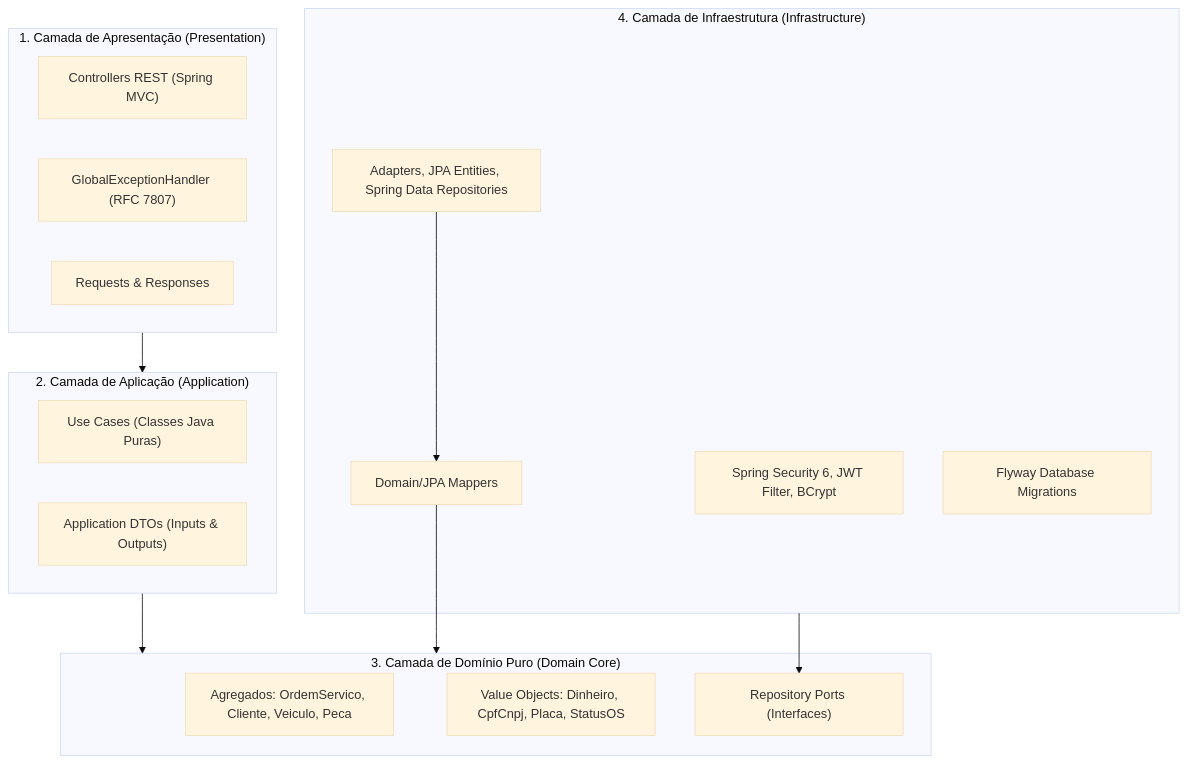
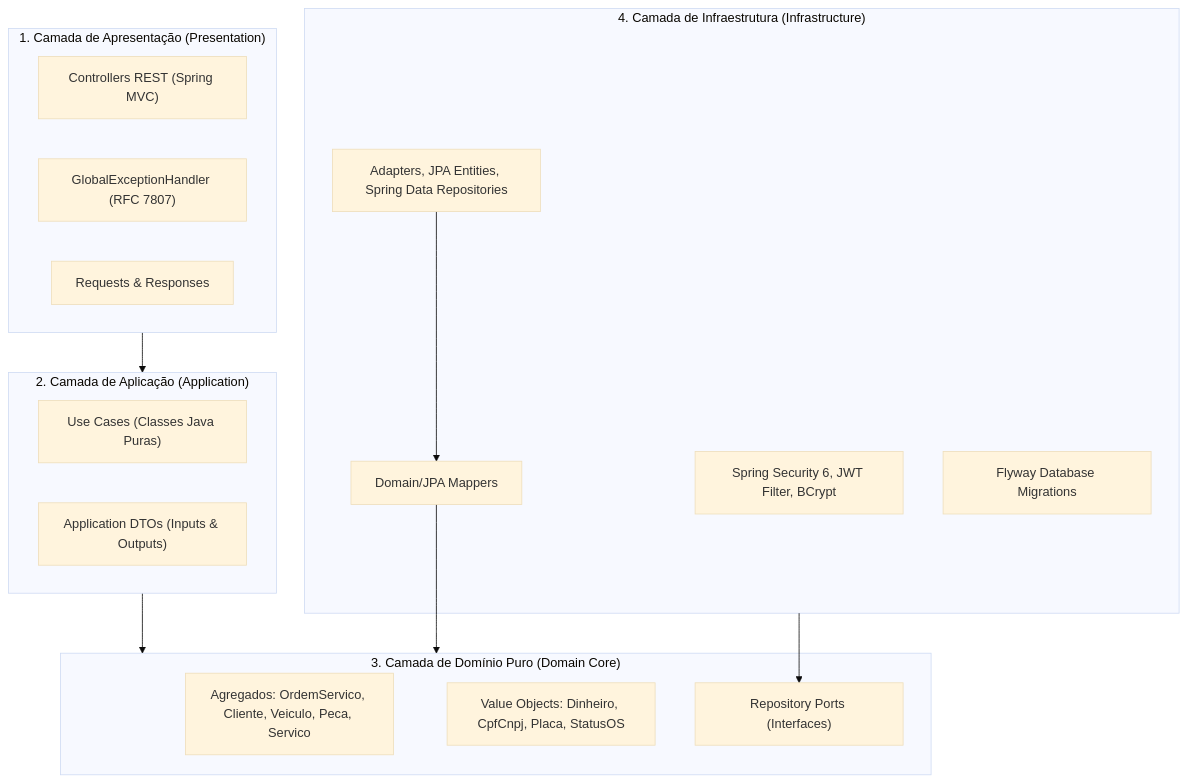
Before and after one commit to ThiagoArakix/tech-challenge: the second of 2 diagrams in README.md, drawn with Mermaid (base theme). The commit also changed other lines of this file and 77 other files, not shown here.

````diff
--- a/README.md
+++ b/README.md
@@ -56,32 +79,32 @@
 ```mermaid
 flowchart TD
     subgraph Presentation["1. Camada de Apresentação (Presentation)"]
         Controllers["Controllers REST (Spring MVC)"]
         ExceptionHandler["GlobalExceptionHandler (RFC 7807)"]
         DTOsReqResp["Requests & Responses"]
     end
 
     subgraph Application["2. Camada de Aplicação (Application)"]
         UseCases["Use Cases (Classes Java Puras)"]
         DTOsApp["Application DTOs (Inputs & Outputs)"]
     end
 
     subgraph Domain["3. Camada de Domínio Puro (Domain Core)"]
-        Aggregates["Agregados: OrdemServico, Cliente, Veiculo, Peca"]
+        Aggregates["Agregados: OrdemServico, Cliente, Veiculo, Peca, Servico"]
         ValueObjects["Value Objects: Dinheiro, CpfCnpj, Placa, StatusOS"]
         Ports["Repository Ports (Interfaces)"]
     end
 
     subgraph Infrastructure["4. Camada de Infraestrutura (Infrastructure)"]
         Security["Spring Security 6, JWT Filter, BCrypt"]
         Persistence["Adapters, JPA Entities, Spring Data Repositories"]
         Mappers["Domain/JPA Mappers"]
         Flyway["Flyway Database Migrations"]
     end
 
     Presentation --> Application
     Application --> Domain
     Infrastructure --> Ports
     Persistence --> Mappers
     Mappers --> Domain
 ```
````
